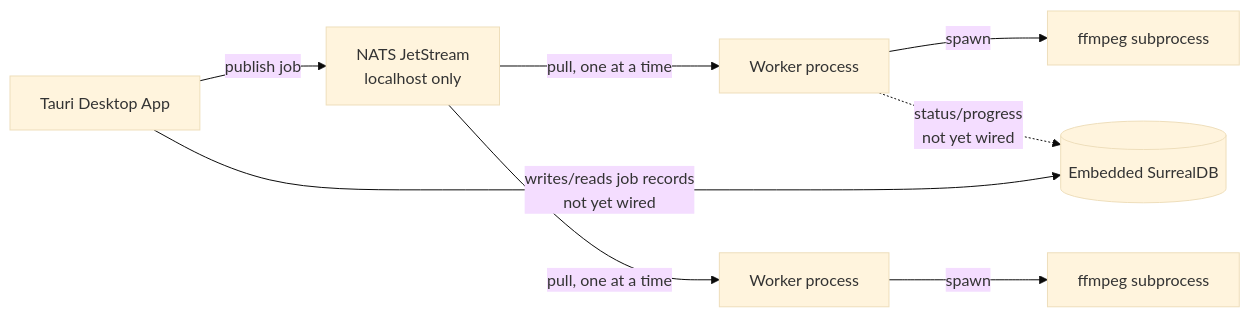
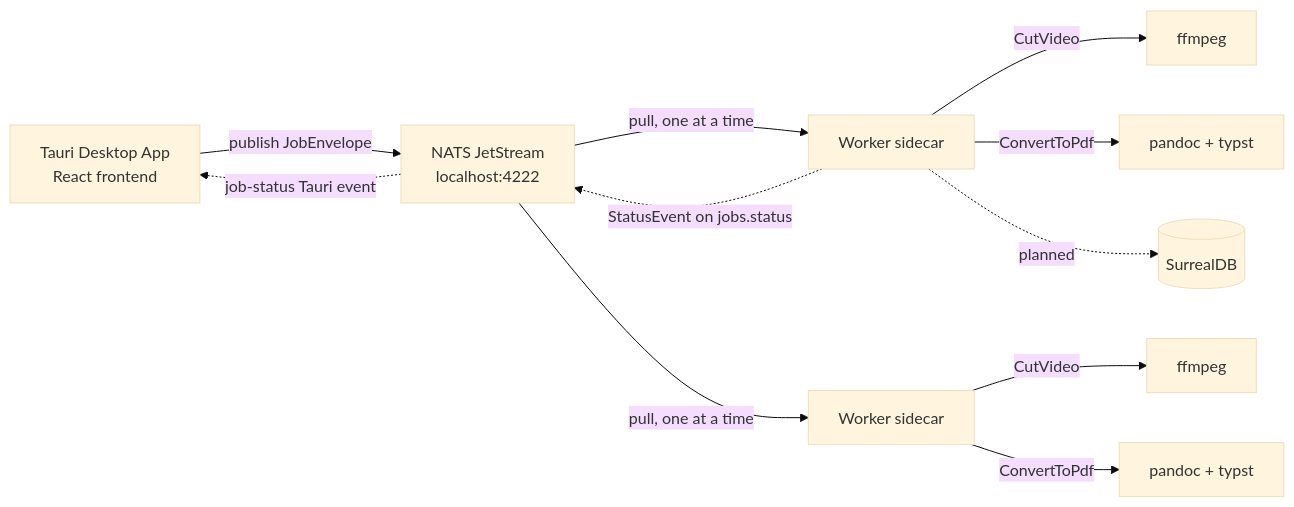
One commit to maximka76667/swiss-kyle changed the diagram in wiki/architecture/system-overview.md. Above: the diagram before and after it, drawn with Mermaid (base theme). The commit also changed other lines of this file and 6 other files, not shown here.

````diff
--- a/wiki/architecture/system-overview.md
+++ b/wiki/architecture/system-overview.md
@@ -20,10 +20,13 @@
 ```mermaid
 flowchart LR
-    UI[Tauri Desktop App] -->|publish job| NATS[NATS JetStream<br/>localhost only]
-    NATS -->|pull, one at a time| W1[Worker process]
-    NATS -->|pull, one at a time| W2[Worker process]
-    W1 -->|spawn| FF1[ffmpeg subprocess]
-    W2 -->|spawn| FF2[ffmpeg subprocess]
-    W1 -.->|status/progress\nnot yet wired| DB[(Embedded SurrealDB)]
-    UI -->|writes/reads job records\nnot yet wired| DB
+    UI[Tauri Desktop App\nReact frontend] -->|publish JobEnvelope| NATS[NATS JetStream\nlocalhost:4222]
+    NATS -->|pull, one at a time| W1[Worker sidecar]
+    NATS -->|pull, one at a time| W2[Worker sidecar]
+    W1 -->|CutVideo| FF[ffmpeg]
+    W1 -->|ConvertToPdf| PD[pandoc + typst]
+    W2 -->|CutVideo| FF2[ffmpeg]
+    W2 -->|ConvertToPdf| PD2[pandoc + typst]
+    W1 -.->|StatusEvent on jobs.status| NATS
+    NATS -.->|job-status Tauri event| UI
+    W1 -.->|planned| DB[(SurrealDB)]
 ```
````
